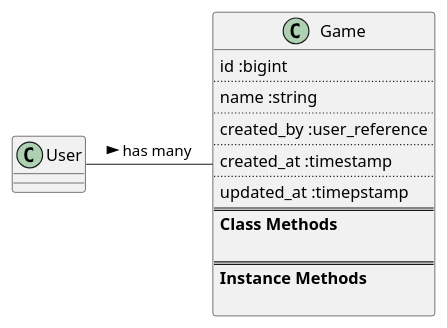
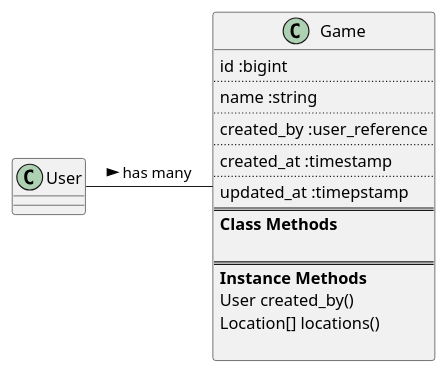
One commit to MillsJROSS/textplease changed the diagram in doc/models/game_class_diagram.puml. Above: the diagram before and after it, drawn with PlantUML. The commit also changed 2 other files, not shown here.

```diff
--- a/doc/models/game_class_diagram.puml
+++ b/doc/models/game_class_diagram.puml
@@ -1,25 +1,27 @@
 @startuml
 
 class Game {
     id :bigint
     ..
     name :string
     ..
     created_by :user_reference
     ..
     created_at :timestamp
     ..
     updated_at :timepstamp
     ==
     **Class Methods**
 
     ==
     **Instance Methods**
+    User created_by()
+    Location[] locations()
 
 }
 
 class User
 
 User - Game : has many >
 
 @enduml
```
